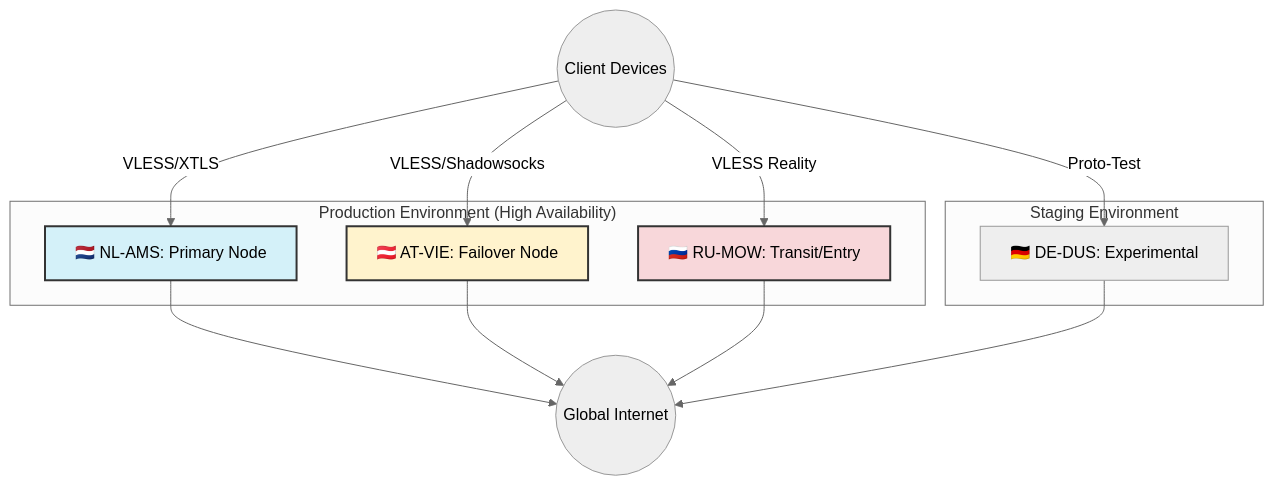
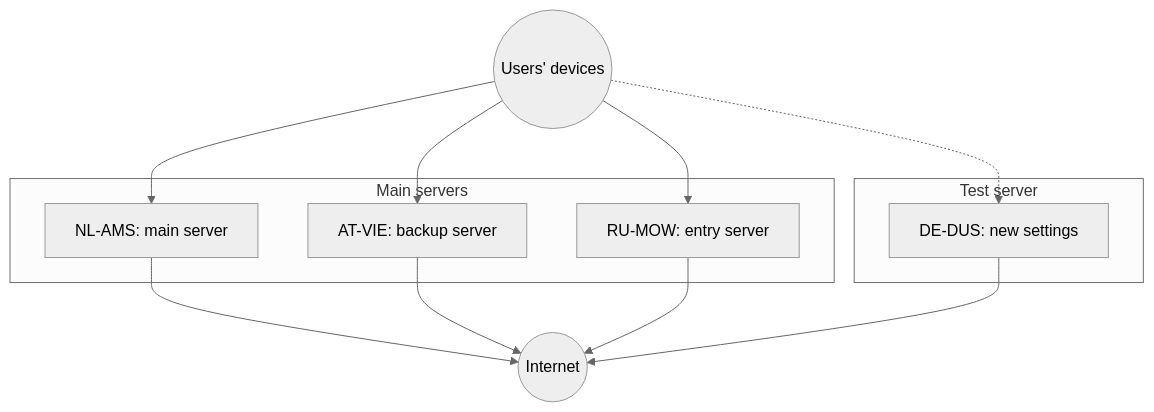
Before and after one commit to Andrei-Shishkov-QA/vpn-infrastructure-qa-suite: the diagram in docs/NETWORK_TOPOLOGY.md, drawn with Mermaid (neutral theme). The commit also changed other lines of this file, not shown here.

Commit message:
Update NETWORK_TOPOLOGY.md
docs: rewrite network topology

````diff
--- a/docs/NETWORK_TOPOLOGY.md
+++ b/docs/NETWORK_TOPOLOGY.md
@@ -7,32 +11,26 @@
 ```mermaid
 graph TD
-    User((Client Devices))
-    
-    subgraph "Production Environment (High Availability)"
-        NL[🇳🇱 NL-AMS: Primary Node]
-        AT[🇦🇹 AT-VIE: Failover Node]
-        RU[🇷🇺 RU-MOW: Transit/Entry]
+    User((Users' devices))
+
+    subgraph "Main servers"
+        NL[NL-AMS: main server]
+        AT[AT-VIE: backup server]
+        RU[RU-MOW: entry server]
     end
-    
-    subgraph "Staging Environment"
-        DE[🇩🇪 DE-DUS: Experimental]
+
+    subgraph "Test server"
+        DE[DE-DUS: new settings]
     end
-    
-    Internet((Global Internet))
 
-    %% Connections
-    User -->|VLESS/XTLS| NL
-    User -->|VLESS/Shadowsocks| AT
-    User -->|VLESS Reality| RU
-    User -->|Proto-Test| DE
-    
+    Internet((Internet))
+
+    User --> NL
+    User --> AT
+    User --> RU
+    User -.-> DE
+
     NL --> Internet
     AT --> Internet
     RU --> Internet
     DE --> Internet
-
-    %% Styling
-    style NL fill:#d4f1f9,stroke:#333,stroke-width:2px
-    style AT fill:#fff3cd,stroke:#333,stroke-width:2px
-    style RU fill:#f8d7da,stroke:#333,stroke-width:2px
 ```
````
